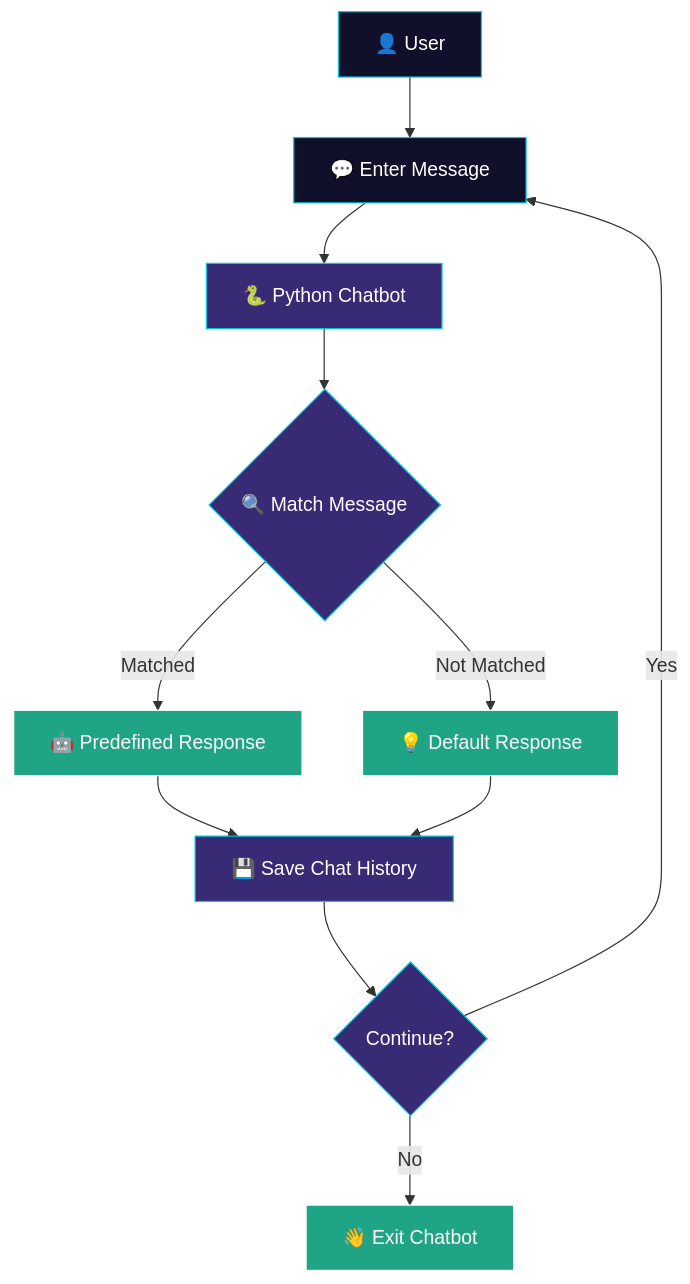
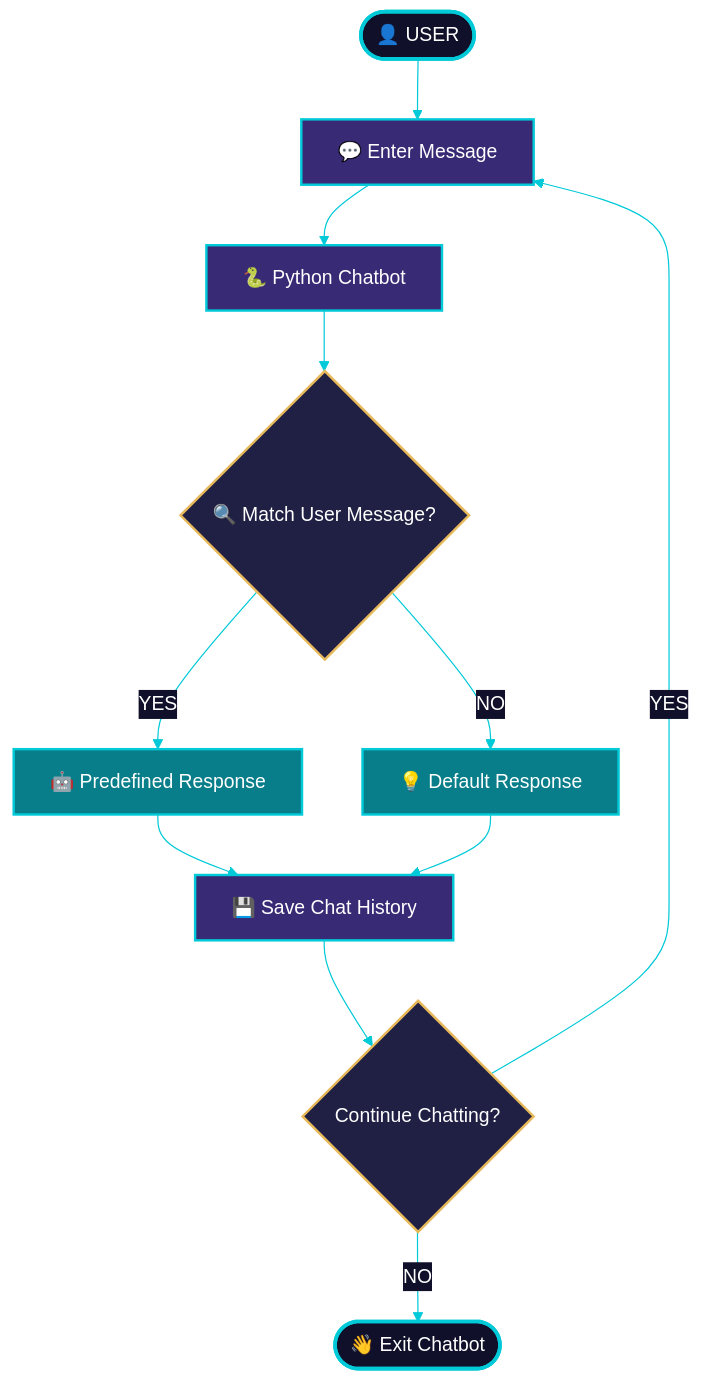
Before and after one commit to saaqibmohiddin/Python-ChatBot: the diagram in README.md, drawn with Mermaid. The commit also changed other lines of this file, not shown here.

````diff
--- a/README.md
+++ b/README.md
@@ -122,21 +135,40 @@
 ```mermaid
+%%{init: {'theme':'base','themeVariables': {
+  'background':'#10102B',
+  'primaryColor':'#202044',
+  'primaryTextColor':'#FFFFFF',
+  'primaryBorderColor':'#00C9D8',
+  'lineColor':'#00C9D8',
+  'secondaryColor':'#392A75',
+  'tertiaryColor':'#202044',
+  'edgeLabelBackground':'#10102B',
+  'fontFamily':'Arial'
+}}}%%
+
 flowchart TD
-    A["👤 User"] --> B["💬 Enter Message"]
+
+    A(["👤 USER"]) --> B["💬 Enter Message"]
     B --> C["🐍 Python Chatbot"]
-    C --> D{"🔍 Match Message"}
-    D -->|Matched| E["🤖 Predefined Response"]
-    D -->|Not Matched| F["💡 Default Response"]
+    C --> D{"🔍 Match User Message?"}
+
+    D -->|YES| E["🤖 Predefined Response"]
+    D -->|NO| F["💡 Default Response"]
+
     E --> G["💾 Save Chat History"]
     F --> G
-    G --> H{"Continue?"}
-    H -->|Yes| B
-    H -->|No| I["👋 Exit Chatbot"]
 
-    classDef start fill:#10102B,stroke:#00C9D8,color:#FFFFFF
-    classDef process fill:#392A75,stroke:#00C9D8,color:#FFFFFF
-    classDef result fill:#20A486,stroke:#FFFFFF,color:#FFFFFF
+    G --> H{"Continue Chatting?"}
 
-    class A,B start
-    class C,D,G,H process
-    class E,F,I result
+    H -->|YES| B
+    H -->|NO| I(["👋 Exit Chatbot"])
+
+    classDef start fill:#10102B,stroke:#00C9D8,color:#FFFFFF,stroke-width:3px
+    classDef process fill:#392A75,stroke:#00C9D8,color:#FFFFFF,stroke-width:2px
+    classDef decision fill:#202044,stroke:#E8B95B,color:#FFFFFF,stroke-width:2px
+    classDef result fill:#087E8B,stroke:#00C9D8,color:#FFFFFF,stroke-width:2px
+
+    class A,I start
+    class B,C,G process
+    class D,H decision
+    class E,F result
 ```
````
